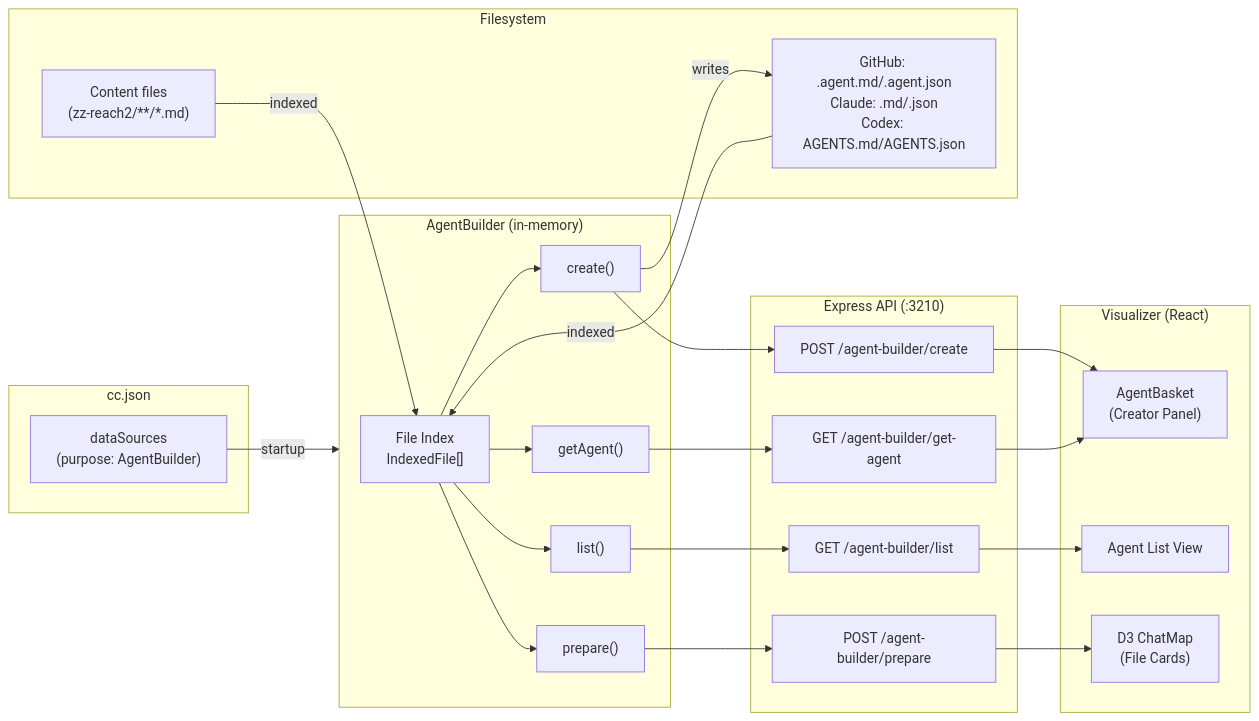
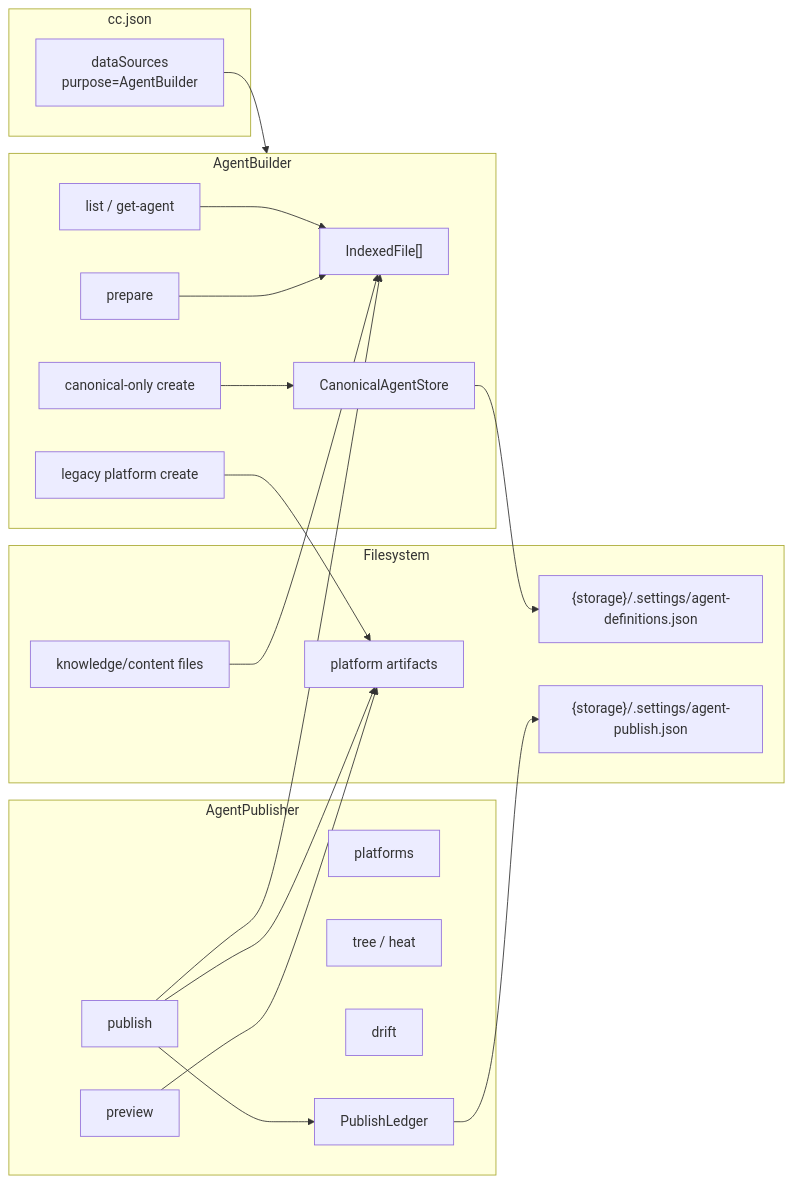
The first of 2 diagrams in server/zz-reach2/architecture/agents/archi-agent-builder.md (Kyliathy/context-core), drawn with Mermaid before and after one commit. The commit also changed other lines of this file and 87 other files, not shown here.

````diff
--- a/server/zz-reach2/architecture/agents/archi-agent-builder.md
+++ b/server/zz-reach2/architecture/agents/archi-agent-builder.md
@@ -21,49 +29,42 @@
 ```mermaid
 flowchart LR
     subgraph Config["cc.json"]
-        DS["dataSources<br/>(purpose: AgentBuilder)"]
+        DS["dataSources<br/>purpose=AgentBuilder"]
     end
 
-    subgraph AgentBuilder["AgentBuilder (in-memory)"]
-        IDX["File Index<br/>IndexedFile[]"]
-        PREP["prepare()"]
-        CRT["create()"]
-        LST["list()"]
-        GET["getAgent()"]
+    subgraph Builder["AgentBuilder"]
+        IDX["IndexedFile[]"]
+        PREP["prepare"]
+        SAVE["canonical-only create"]
+        LEGACY["legacy platform create"]
+        LIST["list / get-agent"]
+        STORE["CanonicalAgentStore"]
     end
 
-    subgraph API["Express API (:3210)"]
-        E1["POST /agent-builder/prepare"]
-        E2["POST /agent-builder/create"]
-        E3["GET /agent-builder/list"]
-        E4["GET /agent-builder/get-agent"]
+    subgraph Publisher["AgentPublisher"]
+        PLAT["platforms"]
+        TREE["tree / heat"]
+        PREVIEW["preview"]
+        PUBLISH["publish"]
+        DRIFT["drift"]
+        LEDGER["PublishLedger"]
     end
 
     subgraph Disk["Filesystem"]
-        CONTENT["Content files<br/>(zz-reach2/**/*.md)"]
-        AGENTS["GitHub: .agent.md/.agent.json<br/>Claude: .md/.json<br/>Codex: AGENTS.md/AGENTS.json"]
+        CONTENT["knowledge/content files"]
+        CANON["{storage}/.settings/agent-definitions.json"]
+        ART["platform artifacts"]
+        PUBLEDGER["{storage}/.settings/agent-publish.json"]
     end
 
-    subgraph UI["Visualizer (React)"]
-        AB["AgentBasket<br/>(Creator Panel)"]
-        AL["Agent List View"]
-        D3["D3 ChatMap<br/>(File Cards)"]
-    end
-
-    DS -->|startup| AgentBuilder
-    CONTENT -->|indexed| IDX
-    AGENTS -->|indexed| IDX
-    IDX --> PREP
-    IDX --> CRT
-    IDX --> LST
-    IDX --> GET
-    PREP --> E1
-    CRT --> E2
-    LST --> E3
-    GET --> E4
-    CRT -->|writes| AGENTS
-    E1 --> D3
-    E2 --> AB
-    E3 --> AL
-    E4 --> AB
+    DS --> Builder
+    CONTENT --> IDX
+    SAVE --> STORE --> CANON
+    PREP --> IDX
+    LIST --> IDX
+    LEGACY --> ART
+    PREVIEW --> ART
+    PUBLISH --> ART
+    PUBLISH --> LEDGER --> PUBLEDGER
+    PUBLISH --> IDX
 ```
````
